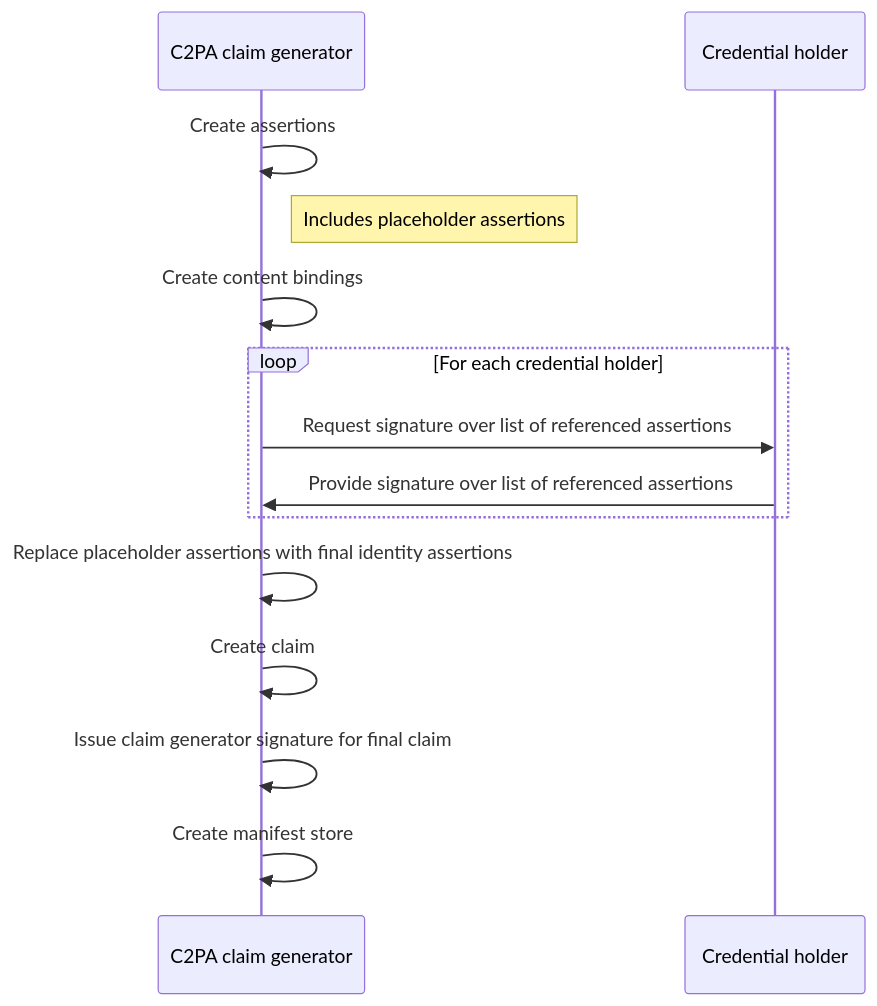
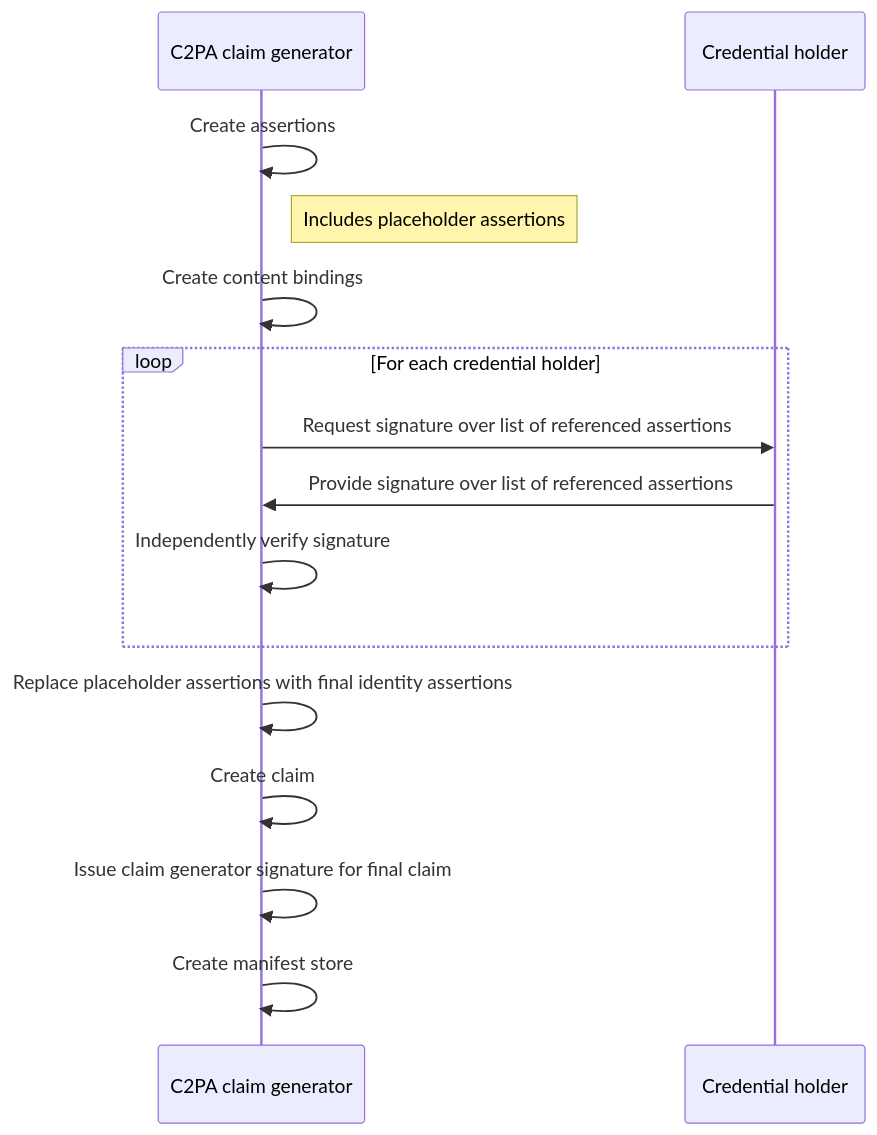
One commit to creator-assertions/identity-assertion changed the first of 2 diagrams in docs/modules/ROOT/pages/index.adoc. Above: the diagram before and after it, drawn with Mermaid. The commit also changed other lines of this file and 1 other file, not shown here.

Commit message:
Add recommendation that C2PA claim generator independently validate the Credential subject's signature before generating identity assertion. See Section 7, “Creating the identity assertion”.

```diff
--- a/docs/modules/ROOT/pages/index.adoc
+++ b/docs/modules/ROOT/pages/index.adoc
@@ -285,20 +287,21 @@
 [mermaid,width=100%]
 ....
 sequenceDiagram
     participant G as C2PA claim generator
     participant H as Credential holder
 
     G->>G: Create assertions
     Note right of G: Includes placeholder assertions
     G->>G: Create content bindings
     
     loop For each credential holder
     G->>H: Request signature over list of referenced assertions
     H->>G: Provide signature over list of referenced assertions
+    G->>G: Independently verify signature
     end
 
     G->>G: Replace placeholder assertions with final identity assertions
     G->>G: Create claim
     G->>G: Issue claim generator signature for final claim
     G->>G: Create manifest store
 ....
```
